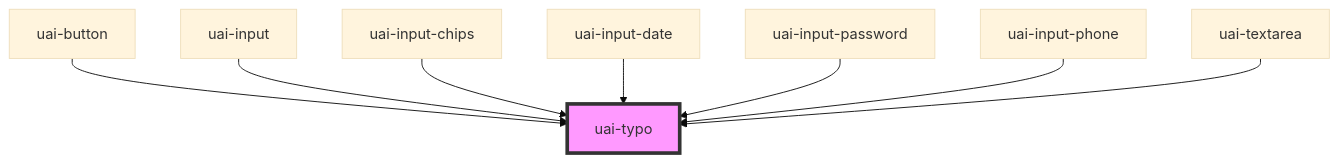
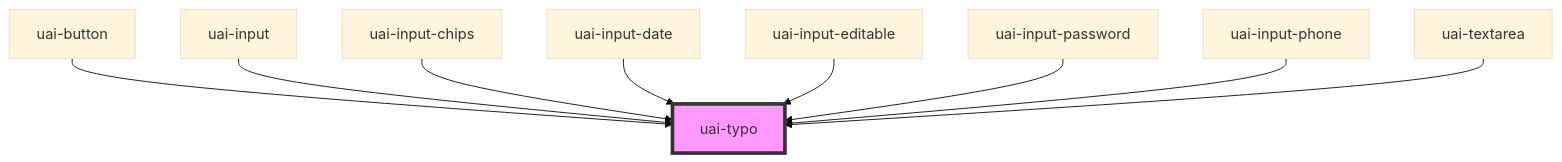
Before and after one commit to takenet/blip-ds: the diagram in src/components/uai-typo/readme.md, drawn with Mermaid (base theme). The commit also changed other lines of this file and 16 other files, not shown here.

First line of the commit message:
feat(uai-input-editable): add the UAI editable input

````diff
--- a/src/components/uai-typo/readme.md
+++ b/src/components/uai-typo/readme.md
@@ -56,11 +57,12 @@
 ```mermaid
 graph TD;
   uai-button --> uai-typo
   uai-input --> uai-typo
   uai-input-chips --> uai-typo
   uai-input-date --> uai-typo
+  uai-input-editable --> uai-typo
   uai-input-password --> uai-typo
   uai-input-phone --> uai-typo
   uai-textarea --> uai-typo
   style uai-typo fill:#f9f,stroke:#333,stroke-width:4px
 ```
````
